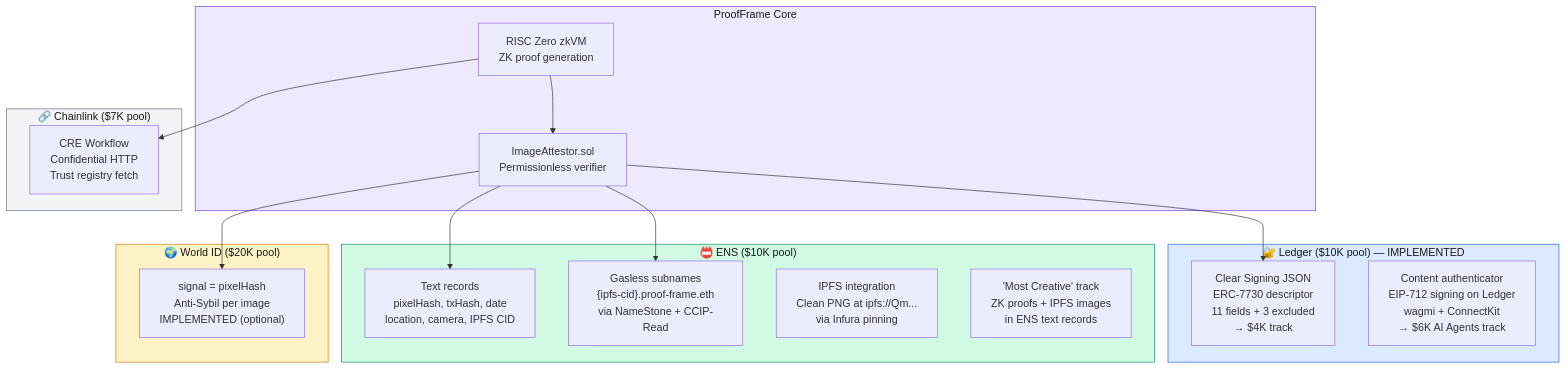
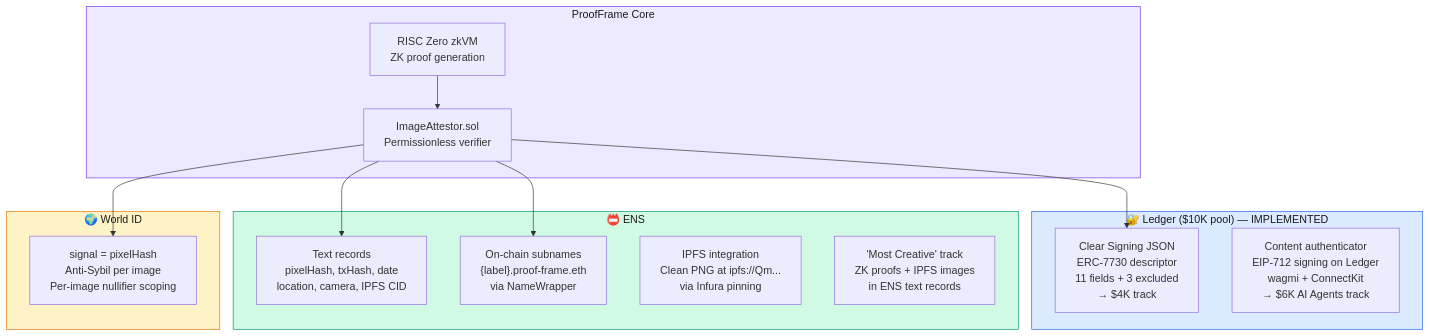
The eighth of 13 diagrams in docs/DIAGRAMS.md (pycckuu/proof-frame), drawn with Mermaid before and after one commit. The commit also changed other lines of this file and 8 other files, not shown here.

````diff
--- a/docs/DIAGRAMS.md
+++ b/docs/DIAGRAMS.md
@@ -316,40 +299,34 @@
 ```mermaid
 graph TB
     subgraph CORE["ProofFrame Core"]
         ZK["RISC Zero zkVM<br/>ZK proof generation"]
         CONTRACT["ImageAttestor.sol<br/>Permissionless verifier"]
     end
 
     subgraph LEDGER["🔐 Ledger ($10K pool) — IMPLEMENTED"]
         LED_CS["Clear Signing JSON<br/>ERC-7730 descriptor<br/>11 fields + 3 excluded<br/>→ $4K track"]
         LED_AI["Content authenticator<br/>EIP-712 signing on Ledger<br/>wagmi + ConnectKit<br/>→ $6K AI Agents track"]
     end
 
-    subgraph ENS_S["📛 ENS ($10K pool)"]
+    subgraph ENS_S["📛 ENS"]
         ENS_TR["Text records<br/>pixelHash, txHash, date<br/>location, camera, IPFS CID"]
-        ENS_SUB["Gasless subnames<br/>{ipfs-cid}.proof-frame.eth<br/>via NameStone + CCIP-Read"]
+        ENS_SUB["On-chain subnames<br/>{label}.proof-frame.eth<br/>via NameWrapper"]
         ENS_IPFS["IPFS integration<br/>Clean PNG at ipfs://Qm...<br/>via Infura pinning"]
         ENS_NOTE["'Most Creative' track<br/>ZK proofs + IPFS images<br/>in ENS text records"]
     end
 
-    subgraph CL["🔗 Chainlink ($7K pool)"]
-        CRE["CRE Workflow<br/>Confidential HTTP<br/>Trust registry fetch"]
-    end
-
-    subgraph WID["🌍 World ID ($20K pool)"]
-        WID_P["signal = pixelHash<br/>Anti-Sybil per image<br/>IMPLEMENTED (optional)"]
+    subgraph WID["🌍 World ID"]
+        WID_P["signal = pixelHash<br/>Anti-Sybil per image<br/>Per-image nullifier scoping"]
     end
 
     ZK --> CONTRACT
     CONTRACT --> LED_CS
     CONTRACT --> ENS_TR
     CONTRACT --> ENS_SUB
-    ZK --> CRE
     CONTRACT --> WID_P
 
     style CORE fill:#ede9fe,stroke:#7c3aed,color:#1a1a1a
     style LEDGER fill:#dbeafe,stroke:#2563eb,color:#1a1a1a
     style ENS_S fill:#d1fae5,stroke:#059669,color:#1a1a1a
-    style CL fill:#f3f4f6,stroke:#6b7280,color:#1a1a1a
     style WID fill:#fef3c7,stroke:#d97706,color:#1a1a1a
 ```
````
